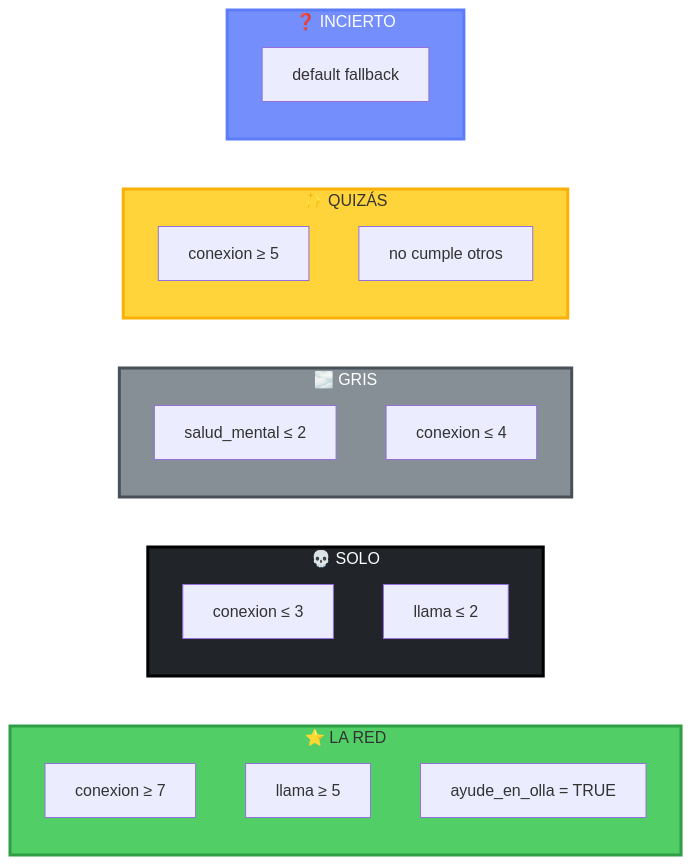
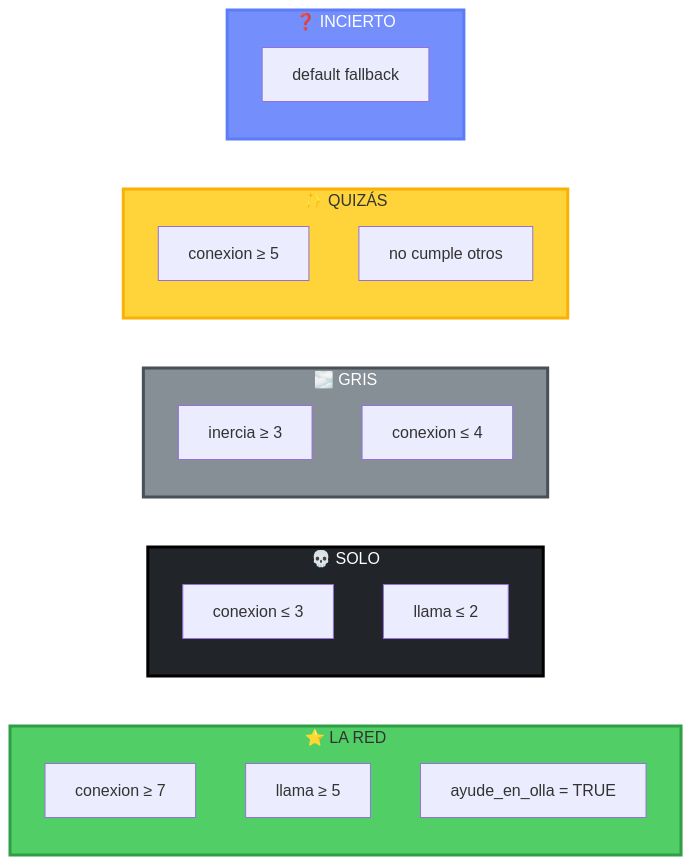
The fifth of 14 diagrams in docs/design/flowcharts.md (VicThor-wpp/un-dia-mas), drawn with Mermaid before and after one commit. The commit also changed other lines of this file and 21 other files, not shown here.

````diff
--- a/docs/design/flowcharts.md
+++ b/docs/design/flowcharts.md
@@ -246,33 +246,33 @@
 ```mermaid
 graph LR
     subgraph LA_RED[⭐ LA RED]
         REQ1[conexion ≥ 7]
         REQ2[llama ≥ 5]
         REQ3[ayude_en_olla = TRUE]
     end
 
     subgraph SOLO[💀 SOLO]
         REQ4[conexion ≤ 3]
         REQ5[llama ≤ 2]
     end
 
     subgraph GRIS[🌫️ GRIS]
-        REQ6[salud_mental ≤ 2]
+        REQ6[inercia ≥ 3]
         REQ7[conexion ≤ 4]
     end
 
     subgraph QUIZAS[✨ QUIZÁS]
         REQ8[conexion ≥ 5]
         REQ9[no cumple otros]
     end
 
     subgraph INCIERTO[❓ INCIERTO]
         REQ10[default fallback]
     end
 
     style LA_RED fill:#51cf66,stroke:#2f9e44,stroke-width:3px
     style SOLO fill:#212529,stroke:#000,stroke-width:3px,color:#fff
     style GRIS fill:#868e96,stroke:#495057,stroke-width:3px,color:#fff
     style QUIZAS fill:#ffd43b,stroke:#fab005,stroke-width:3px
     style INCIERTO fill:#748ffc,stroke:#5c7cfa,stroke-width:3px,color:#fff
 ```
````
